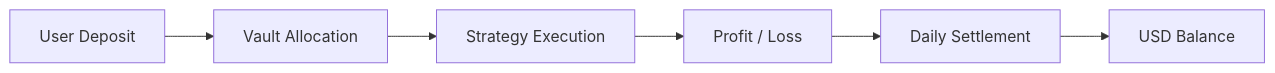
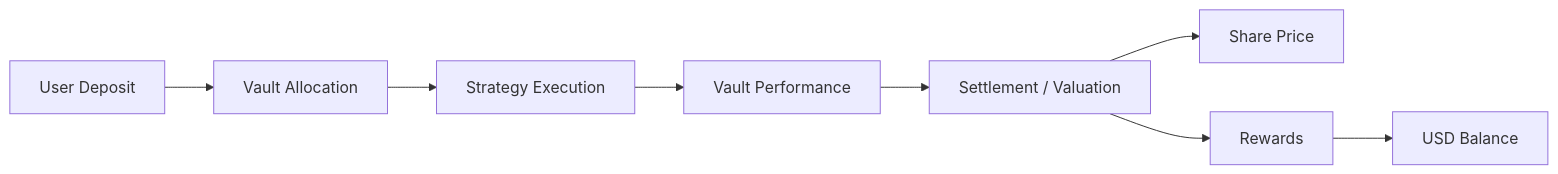
Before and after one commit to FOPEN2010/docs: the diagram in product/yield.mdx, drawn with Mermaid. The commit also changed other lines of this file and 4 other files, not shown here.

````diff
--- a/product/yield.mdx
+++ b/product/yield.mdx
@@ -20,8 +25,10 @@
 ```mermaid
 flowchart LR
     A[User Deposit] --> B[Vault Allocation]
     B --> C[Strategy Execution]
-    C --> D[Profit / Loss]
-    D --> E[Daily Settlement]
-    E --> F[USD Balance]
+    C --> D[Vault Performance]
+    D --> E[Settlement / Valuation]
+    E --> F[Share Price]
+    E --> G[Rewards]
+    G --> H[USD Balance]
 ```
````
